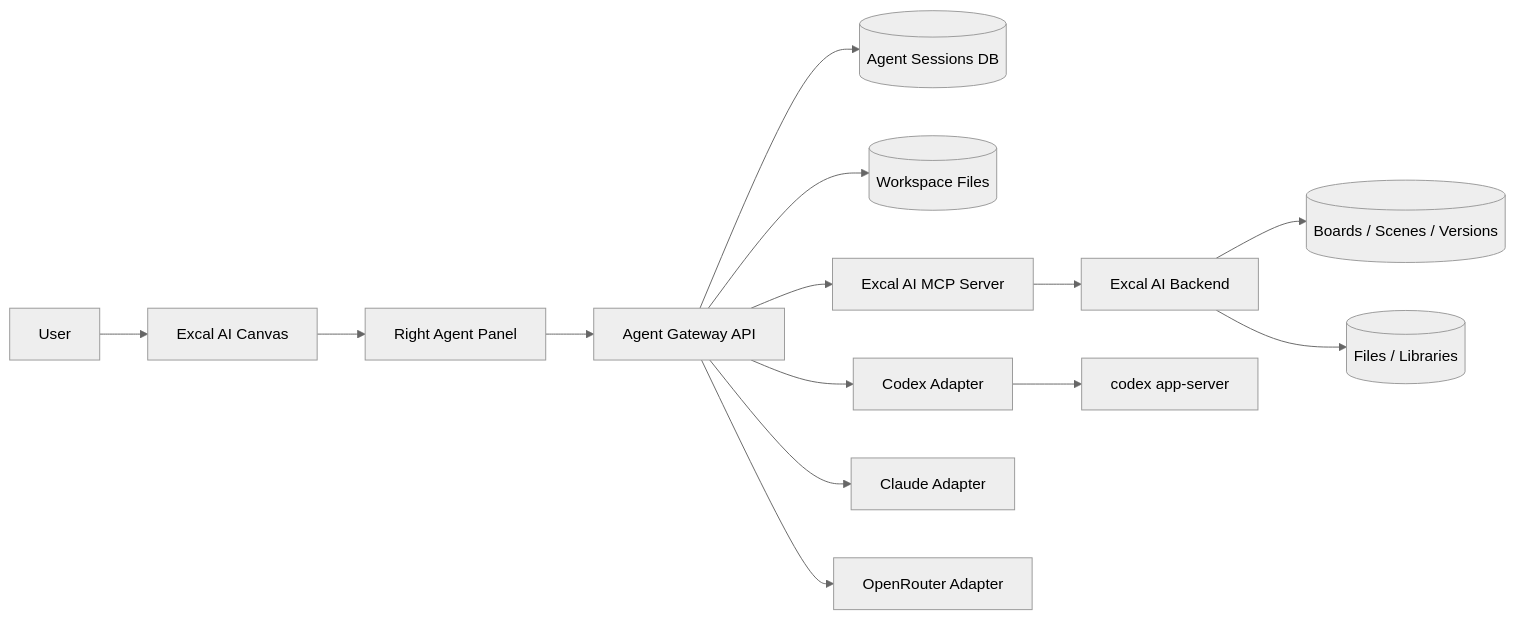
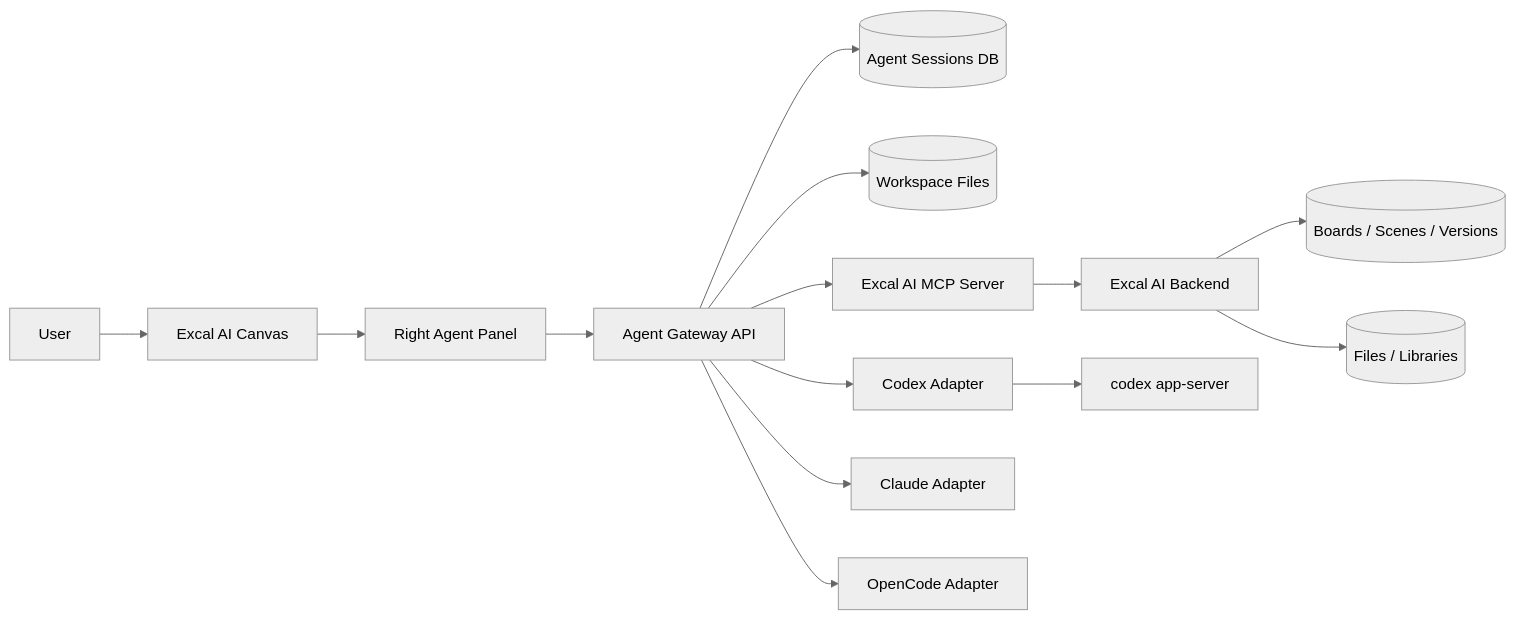
Before and after one commit to adarshnagrikar14/drawsy-ai: the diagram in research/codexy-agent-excal-ai-integration-thesis-2026-06-20.md, drawn with Mermaid (neutral theme). The commit also changed other lines of this file and 1 other file, not shown here.

Commit message:
docs: update integration thesis to correct agent provider references and enhance architecture details

````diff
--- a/research/codexy-agent-excal-ai-integration-thesis-2026-06-20.md
+++ b/research/codexy-agent-excal-ai-integration-thesis-2026-06-20.md
@@ -238,16 +238,16 @@
 ```mermaid
 flowchart LR
   User[User] --> Canvas[Excal AI Canvas]
   Canvas --> Panel[Right Agent Panel]
   Panel --> Gateway[Agent Gateway API]
   Gateway --> Sessions[(Agent Sessions DB)]
   Gateway --> Files[(Workspace Files)]
   Gateway --> ExcalMCP[Excal AI MCP Server]
   ExcalMCP --> Backend[Excal AI Backend]
   Backend --> Boards[(Boards / Scenes / Versions)]
   Backend --> Assets[(Files / Libraries)]
   Gateway --> Codex[Codex Adapter]
   Gateway --> Claude[Claude Adapter]
-  Gateway --> OpenRouter[OpenRouter Adapter]
+  Gateway --> OpenCode[OpenCode Adapter]
   Codex --> CodexAppServer[codex app-server]
 ```
````
